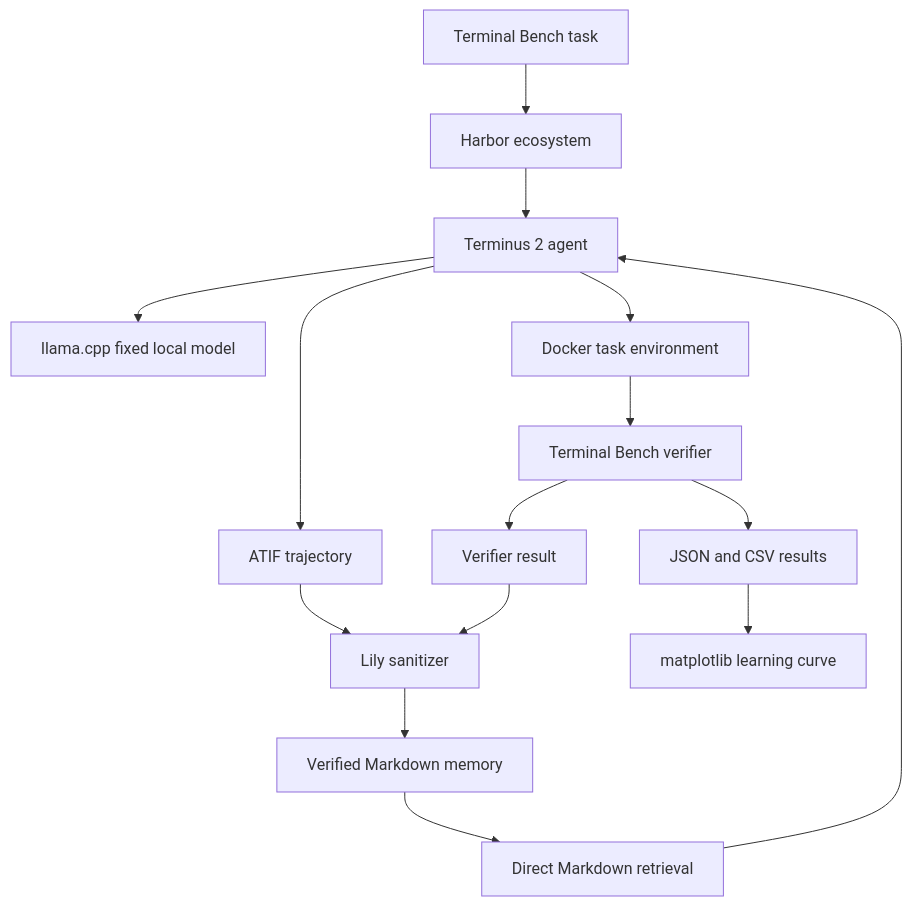
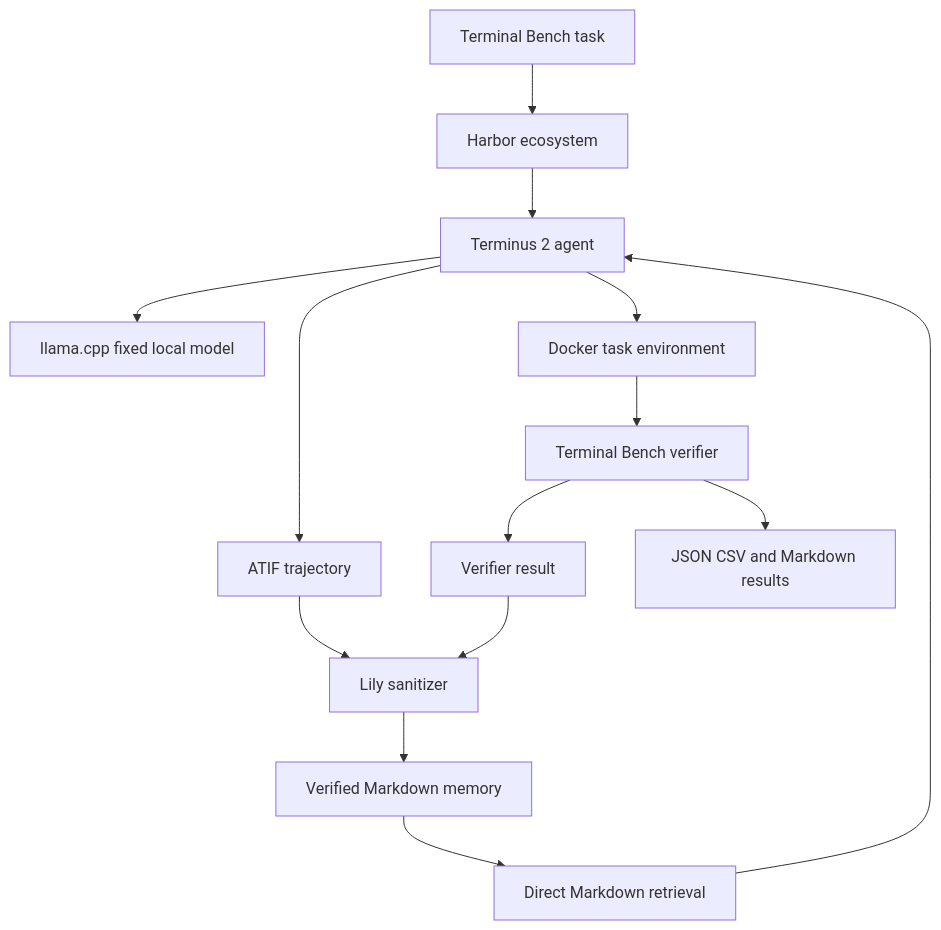
One commit to raghavan/longtail-inference-lab changed the diagram in projects/01_terminal_artifact_memory/SETUP.md. Above: the diagram before and after it, drawn with Mermaid. The commit also changed other lines of this file, not shown here.

````diff
--- a/projects/01_terminal_artifact_memory/SETUP.md
+++ b/projects/01_terminal_artifact_memory/SETUP.md
@@ -42,17 +48,16 @@
 ```mermaid
 flowchart TD
     A[Terminal Bench task] --> B[Harbor ecosystem]
     B --> C[Terminus 2 agent]
     C --> D[llama.cpp fixed local model]
     C --> E[Docker task environment]
     E --> F[Terminal Bench verifier]
     C --> G[ATIF trajectory]
     F --> H[Verifier result]
     G --> I[Lily sanitizer]
     H --> I
     I --> J[Verified Markdown memory]
     J --> K[Direct Markdown retrieval]
     K --> C
-    F --> L[JSON and CSV results]
-    L --> M[matplotlib learning curve]
+    F --> L[JSON CSV and Markdown results]
 ```
````
